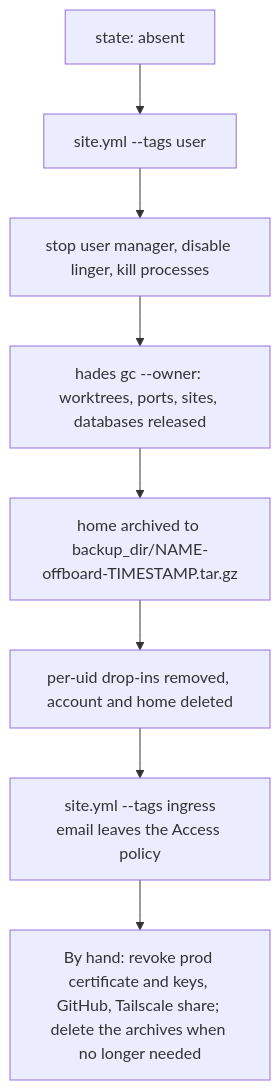
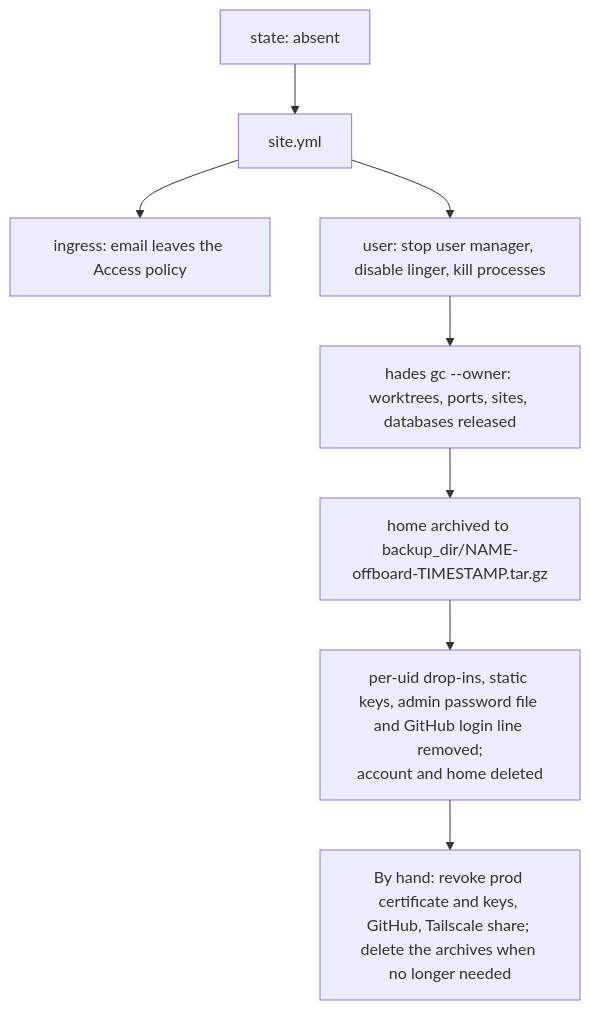
The third of 3 diagrams in docs/server.md (quotedo/hades), drawn with Mermaid before and after one commit. The commit also changed other lines of this file and 7 other files, not shown here.

Commit message:
docs: join, first login, one-command apply, keys from GitHub, generated admin password

````diff
--- a/docs/server.md
+++ b/docs/server.md
@@ -182,10 +188,10 @@
 ```mermaid
 flowchart TD
-  a["state: absent"] --> b["site.yml --tags user"]
-  b --> c["stop user manager, disable linger, kill processes"]
+  a["state: absent"] --> b["site.yml"]
+  b --> g["ingress: email leaves the Access policy"]
+  b --> c["user: stop user manager, disable linger, kill processes"]
   c --> d["hades gc --owner: worktrees, ports, sites, databases released"]
   d --> e["home archived to backup_dir/NAME-offboard-TIMESTAMP.tar.gz"]
-  e --> f["per-uid drop-ins removed, account and home deleted"]
-  f --> g["site.yml --tags ingress<br/>email leaves the Access policy"]
-  g --> h["By hand: revoke prod certificate and keys, GitHub, Tailscale share; delete the archives when no longer needed"]
+  e --> f["per-uid drop-ins, static keys, admin password file and GitHub login line removed;<br/>account and home deleted"]
+  f --> h["By hand: revoke prod certificate and keys, GitHub, Tailscale share; delete the archives when no longer needed"]
 ```
````
